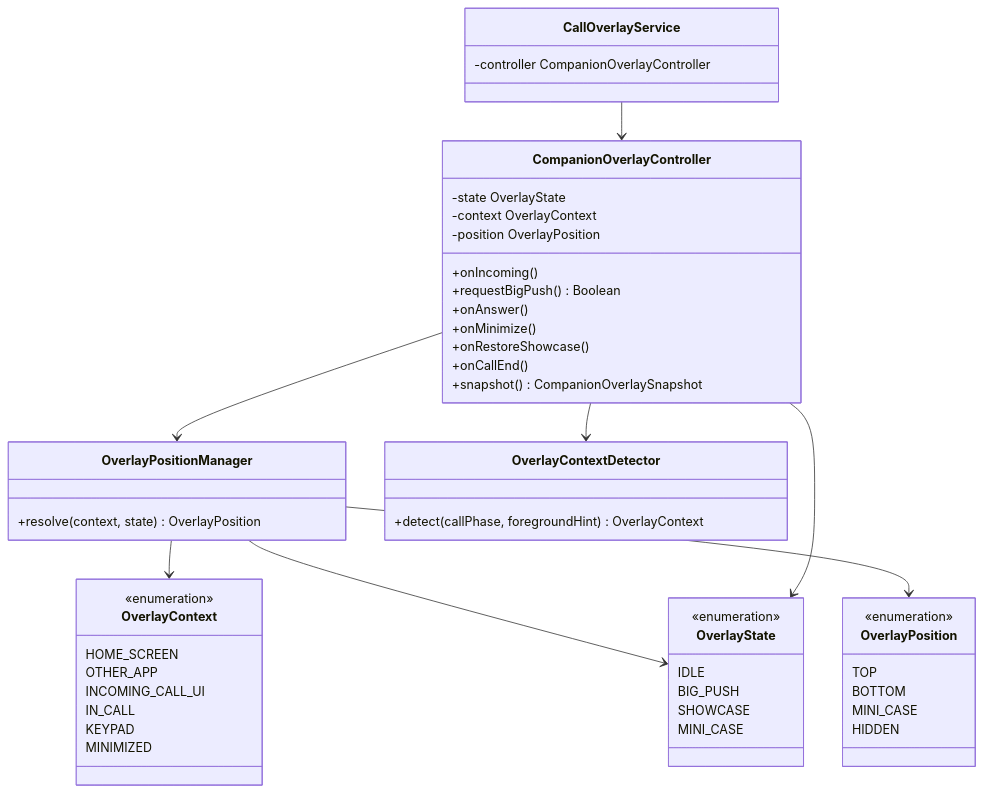
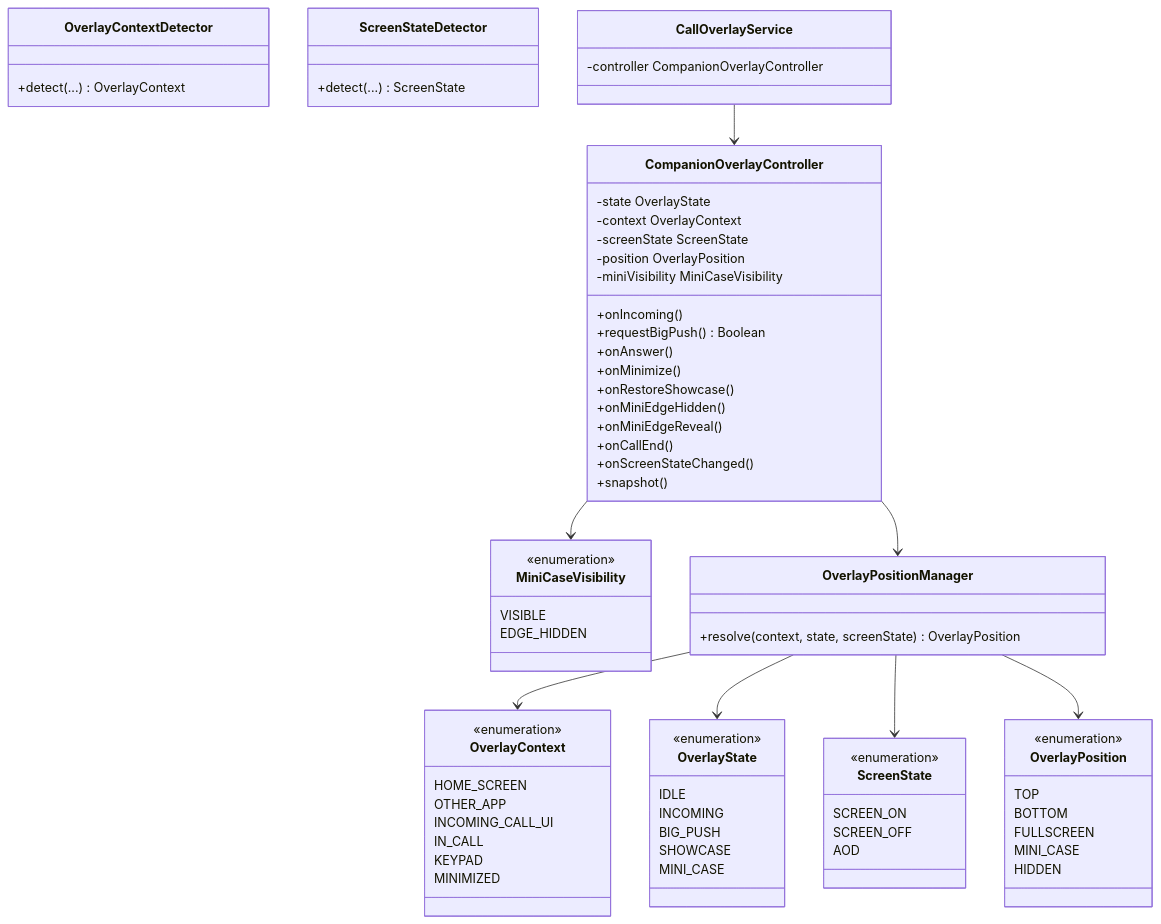
The third of 3 diagrams in docs/architecture/companion-overlay.md (VCIDKOREA/vlue_super), drawn with Mermaid before and after one commit. The commit also changed other lines of this file and 63 other files, not shown here.

````diff
--- a/docs/architecture/companion-overlay.md
+++ b/docs/architecture/companion-overlay.md
@@ -141,54 +293,75 @@
 ```mermaid
 classDiagram
   class OverlayState {
     <<enumeration>>
     IDLE
+    INCOMING
     BIG_PUSH
     SHOWCASE
     MINI_CASE
   }
   class OverlayContext {
     <<enumeration>>
     HOME_SCREEN
     OTHER_APP
     INCOMING_CALL_UI
     IN_CALL
     KEYPAD
     MINIMIZED
   }
+  class ScreenState {
+    <<enumeration>>
+    SCREEN_ON
+    SCREEN_OFF
+    AOD
+  }
   class OverlayPosition {
     <<enumeration>>
     TOP
     BOTTOM
+    FULLSCREEN
     MINI_CASE
     HIDDEN
   }
+  class MiniCaseVisibility {
+    <<enumeration>>
+    VISIBLE
+    EDGE_HIDDEN
+  }
   class OverlayPositionManager {
-    +resolve(context, state) OverlayPosition
+    +resolve(context, state, screenState) OverlayPosition
   }
   class OverlayContextDetector {
-    +detect(callPhase, foregroundHint) OverlayContext
+    +detect(...) OverlayContext
+  }
+  class ScreenStateDetector {
+    +detect(...) ScreenState
   }
   class CompanionOverlayController {
     -state OverlayState
     -context OverlayContext
+    -screenState ScreenState
     -position OverlayPosition
+    -miniVisibility MiniCaseVisibility
     +onIncoming()
     +requestBigPush() Boolean
     +onAnswer()
     +onMinimize()
     +onRestoreShowcase()
+    +onMiniEdgeHidden()
+    +onMiniEdgeReveal()
     +onCallEnd()
-    +snapshot() CompanionOverlaySnapshot
+    +onScreenStateChanged()
+    +snapshot()
   }
   class CallOverlayService {
     -controller CompanionOverlayController
   }
   OverlayPositionManager --> OverlayContext
   OverlayPositionManager --> OverlayState
+  OverlayPositionManager --> ScreenState
   OverlayPositionManager --> OverlayPosition
   CompanionOverlayController --> OverlayPositionManager
-  CompanionOverlayController --> OverlayContextDetector
-  CompanionOverlayController --> OverlayState
+  CompanionOverlayController --> MiniCaseVisibility
   CallOverlayService --> CompanionOverlayController
 ```
````
